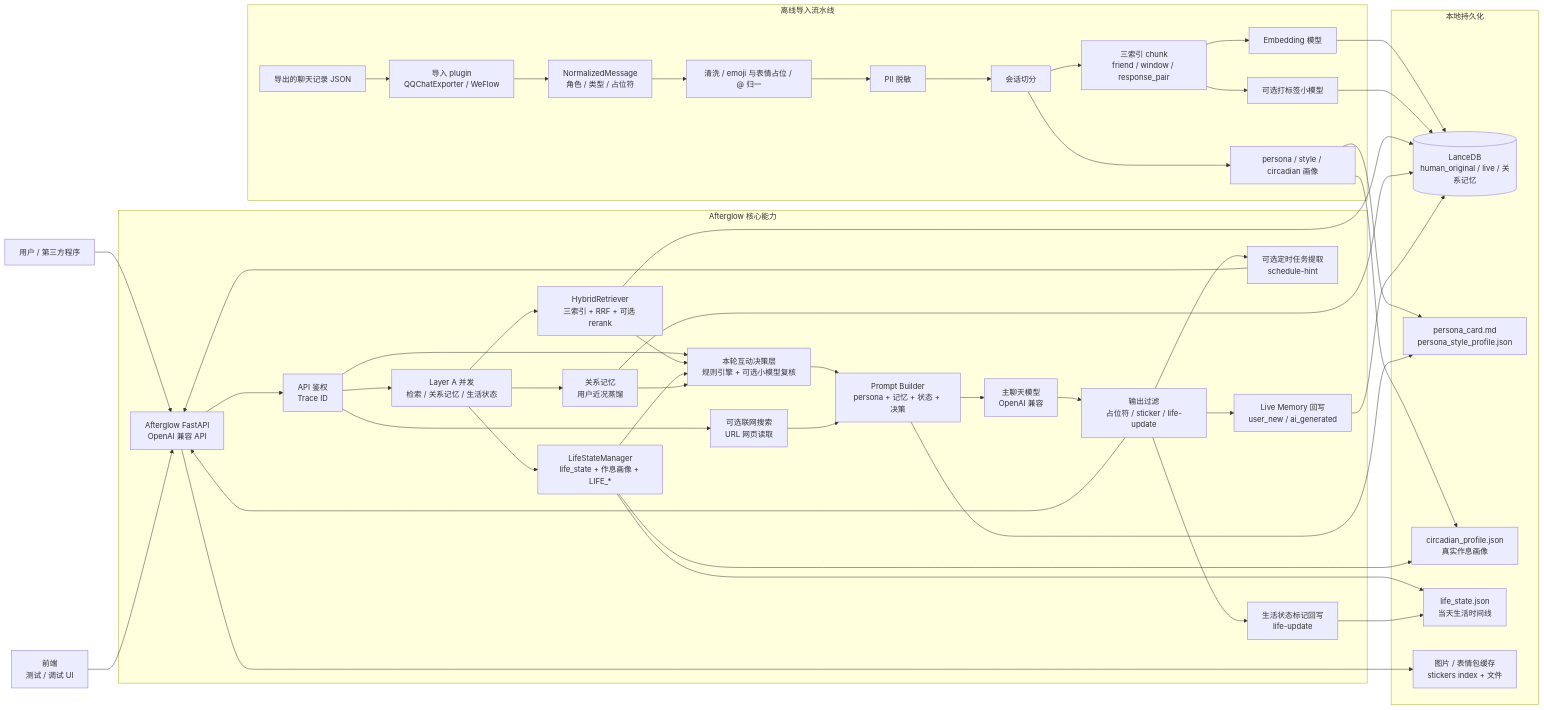
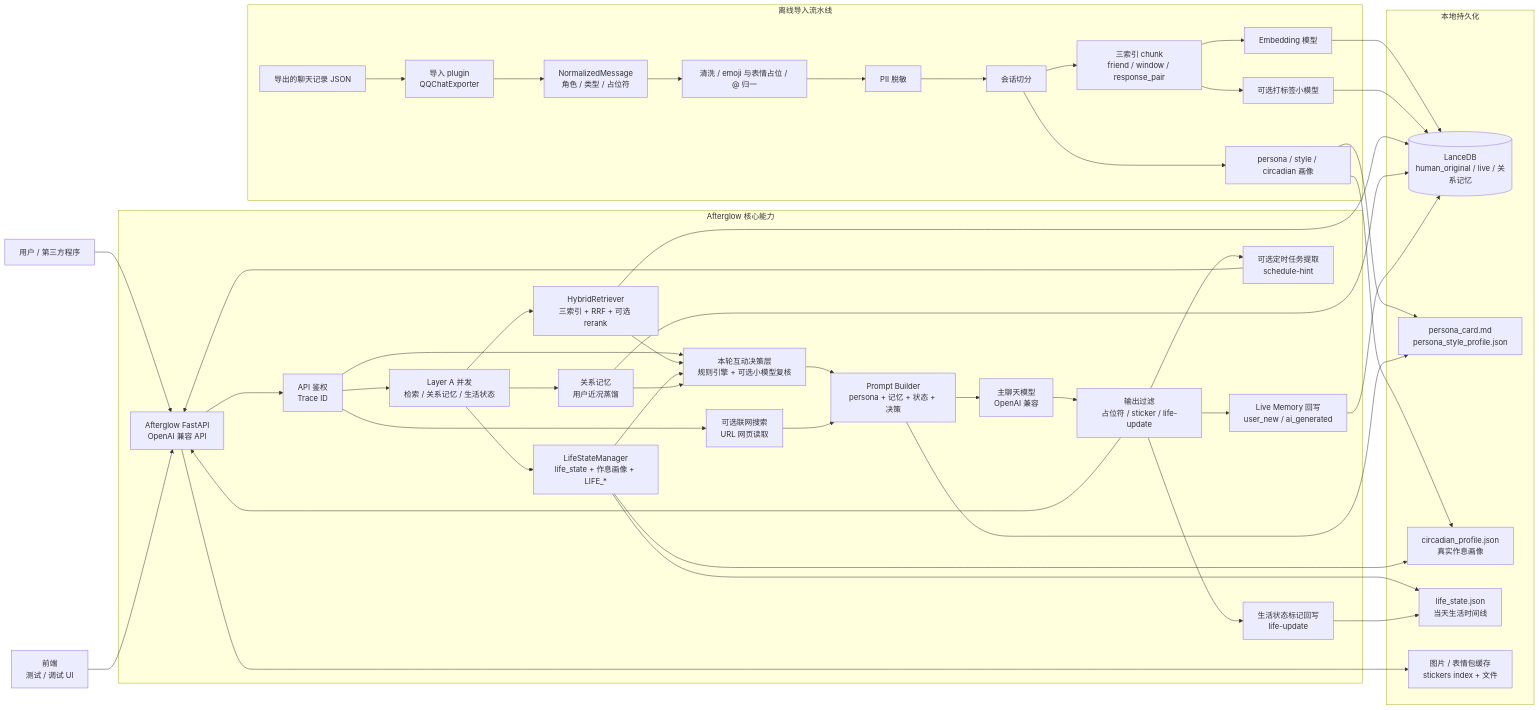
Before and after one commit to kldhsh123/Afterglow: the first of 2 diagrams in README.md, drawn with Mermaid. The commit also changed other lines of this file and 11 other files, not shown here.

````diff
--- a/README.md
+++ b/README.md
@@ -145,60 +145,60 @@
 ```mermaid
 flowchart LR
   User["用户 / 第三方程序"] --> API["Afterglow FastAPI<br/>OpenAI 兼容 API"]
   前端["前端<br/>测试 / 调试 UI"] --> API
 
   subgraph Afterglow["Afterglow 核心能力"]
     API --> Auth["API 鉴权<br/>Trace ID"]
     Auth --> LayerA["Layer A 并发<br/>检索 / 关系记忆 / 生活状态"]
     LayerA --> Retrieve["HybridRetriever<br/>三索引 + RRF + 可选 rerank"]
     LayerA --> Life["LifeStateManager<br/>life_state + 作息画像 + LIFE_*"]
     LayerA --> Relationship["关系记忆<br/>用户近况蒸馏"]
     Auth --> Policy["本轮互动决策层<br/>规则引擎 + 可选小模型复核"]
     Auth --> Web["可选联网搜索<br/>URL 网页读取"]
     Retrieve --> Policy
     Life --> Policy
     Relationship --> Policy
     Policy --> Prompt["Prompt Builder<br/>persona + 记忆 + 状态 + 决策"]
     Web --> Prompt
     Prompt --> ChatLLM["主聊天模型<br/>OpenAI 兼容"]
     ChatLLM --> Filter["输出过滤<br/>占位符 / sticker / life-update"]
     Filter --> API
     Filter --> Writeback["Live Memory 回写<br/>user_new / ai_generated"]
     Filter --> Schedule["可选定时任务提取<br/>schedule-hint"]
     Filter --> LifePatch["生活状态标记回写<br/>life-update"]
   end
 
   subgraph Ingestion["离线导入流水线"]
-    message["导出的聊天记录 JSON"] --> Plugin["导入 plugin<br/>QQChatExporter / WeFlow"]
+    message["导出的聊天记录 JSON"] --> Plugin["导入 plugin<br/>QQChatExporter"]
     Plugin --> Normalize["NormalizedMessage<br/>角色 / 类型 / 占位符"]
     Normalize --> Clean["清洗 / emoji 与表情占位 / @ 归一"]
     Clean --> Redact["PII 脱敏"]
     Redact --> Split["会话切分"]
     Split --> Chunk["三索引 chunk<br/>friend / window / response_pair"]
     Chunk --> Embed["Embedding 模型"]
     Chunk --> Label["可选打标签小模型"]
     Split --> PersonaBuild["persona / style / circadian 画像"]
   end
 
   subgraph Storage["本地持久化"]
     Lance[(LanceDB<br/>human_original / live / 关系记忆)]
     Persona["persona_card.md<br/>persona_style_profile.json"]
     Circadian["circadian_profile.json<br/>真实作息画像"]
     LifeFile["life_state.json<br/>当天生活时间线"]
     Assets["图片 / 表情包缓存<br/>stickers index + 文件"]
   end
 
   Embed --> Lance
   Label --> Lance
   PersonaBuild --> Persona
   PersonaBuild --> Circadian
   Retrieve --> Lance
   Relationship --> Lance
   Prompt --> Persona
   Life --> Circadian
   Life --> LifeFile
   LifePatch --> LifeFile
   Writeback --> Lance
   Schedule --> API
   API --> Assets
 ```
````
